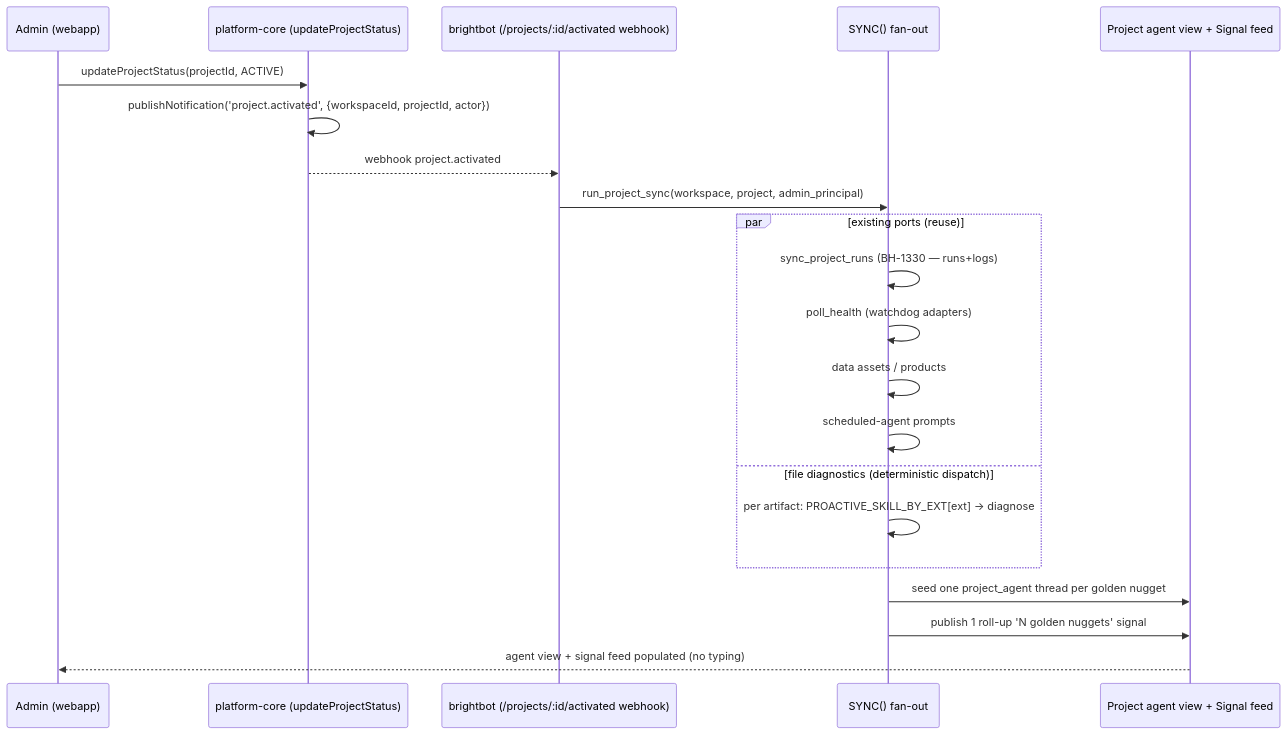
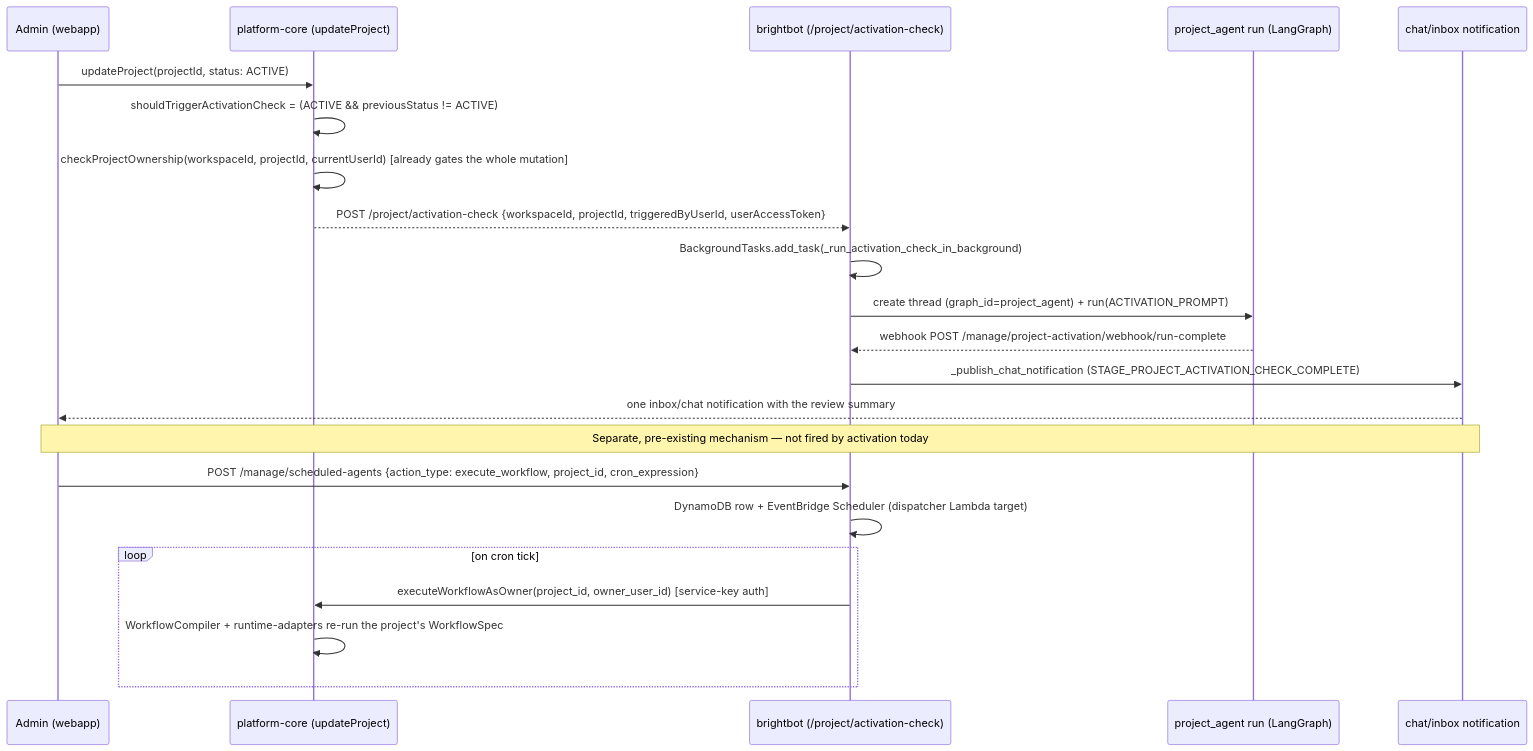
One commit to brighthive/agentic-project-mgmt changed the diagram in docs/specs/project-activate-sync-golden-nuggets.md. Above: the diagram before and after it, drawn with Mermaid. The commit also changed other lines of this file, not shown here.

First line of the commit message:
docs(specs): rewrite BH-1343/BH-1504 spec against real primitives (BH-1343)

````diff
--- a/docs/specs/project-activate-sync-golden-nuggets.md
+++ b/docs/specs/project-activate-sync-golden-nuggets.md
@@ -82,23 +161,26 @@
 ```mermaid
 sequenceDiagram
     participant A as Admin (webapp)
-    participant C as platform-core (updateProjectStatus)
-    participant B as brightbot (/projects/:id/activated webhook)
-    participant SY as SYNC() fan-out
-    participant AV as Project agent view + Signal feed
-    A->>C: updateProjectStatus(projectId, ACTIVE)
-    C->>C: publishNotification('project.activated', {workspaceId, projectId, actor})
-    C-->>B: webhook project.activated
-    B->>SY: run_project_sync(workspace, project, admin_principal)
-    par existing ports (reuse)
-        SY->>SY: sync_project_runs  (BH-1330 — runs+logs)
-        SY->>SY: poll_health        (watchdog adapters)
-        SY->>SY: data assets / products
-        SY->>SY: scheduled-agent prompts
-    and file diagnostics (deterministic dispatch)
-        SY->>SY: per artifact: PROACTIVE_SKILL_BY_EXT[ext] → diagnose
+    participant C as platform-core (updateProject)
+    participant B as brightbot (/project/activation-check)
+    participant LG as project_agent run (LangGraph)
+    participant N as chat/inbox notification
+
+    A->>C: updateProject(projectId, status: ACTIVE)
+    C->>C: shouldTriggerActivationCheck = (ACTIVE && previousStatus != ACTIVE)
+    C->>C: checkProjectOwnership(workspaceId, projectId, currentUserId) [already gates the whole mutation]
+    C-->>B: POST /project/activation-check {workspaceId, projectId, triggeredByUserId, userAccessToken}
+    B->>B: BackgroundTasks.add_task(_run_activation_check_in_background)
+    B->>LG: create thread (graph_id=project_agent) + run(ACTIVATION_PROMPT)
+    LG-->>B: webhook POST /manage/project-activation/webhook/run-complete
+    B->>N: _publish_chat_notification (STAGE_PROJECT_ACTIVATION_CHECK_COMPLETE)
+    N-->>A: one inbox/chat notification with the review summary
+
+    Note over A,N: Separate, pre-existing mechanism — not fired by activation today
+    A->>B: POST /manage/scheduled-agents {action_type: execute_workflow, project_id, cron_expression}
+    B->>B: DynamoDB row + EventBridge Scheduler (dispatcher Lambda target)
+    loop on cron tick
+        B->>C: executeWorkflowAsOwner(project_id, owner_user_id) [service-key auth]
+        C->>C: WorkflowCompiler + runtime-adapters re-run the project's WorkflowSpec
     end
-    SY->>AV: seed one project_agent thread per golden nugget
-    SY->>AV: publish 1 roll-up 'N golden nuggets' signal
-    AV-->>A: agent view + signal feed populated (no typing)
 ```
````
